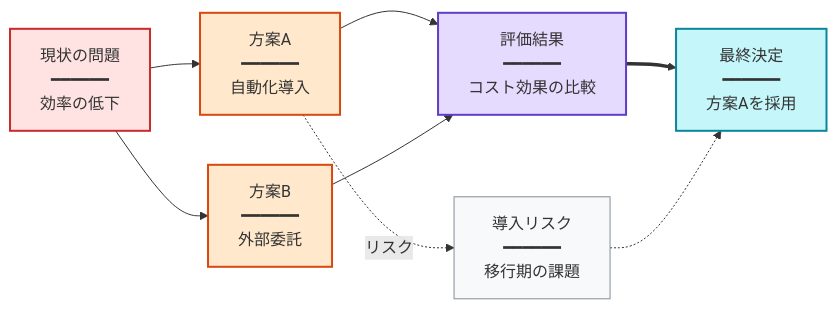
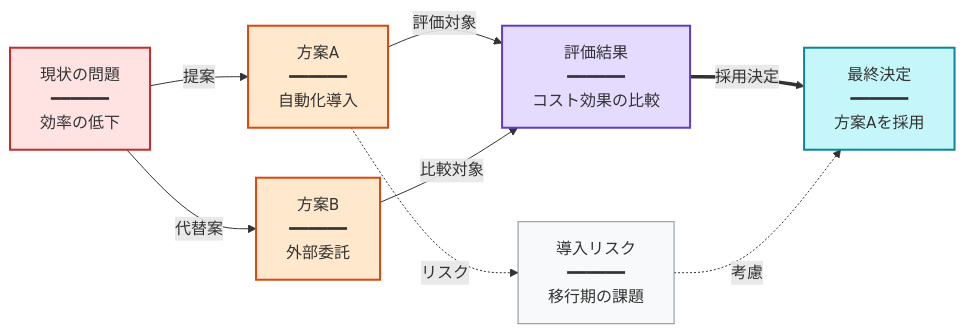
One commit to kouko/youtube-summarize-scraper changed the second of 2 diagrams in prompts/builtin/mermaid-ja.md. Above: the diagram before and after it, drawn with Mermaid. The commit also changed other lines of this file and 25 other files, not shown here.

First line of the commit message:
feat: LLM fallback chain, upload date fix, and mermaid improvements (#31)

````diff
--- a/prompts/builtin/mermaid-ja.md
+++ b/prompts/builtin/mermaid-ja.md
@@ -60,16 +60,16 @@
 ```mermaid
 graph LR
-H["現状の問題<br/>━━━━━━<br/>効率の低下"] --> I["方案A<br/>━━━━━━<br/>自動化導入"]
-H --> J["方案B<br/>━━━━━━<br/>外部委託"]
-I --> K["評価結果<br/>━━━━━━<br/>コスト効果の比較"]
-J --> K
-K ==> L["最終決定<br/>━━━━━━<br/>方案Aを採用"]
+H["現状の問題<br/>━━━━━━<br/>効率の低下"] -->|提案| I["方案A<br/>━━━━━━<br/>自動化導入"]
+H -->|代替案| J["方案B<br/>━━━━━━<br/>外部委託"]
+I -->|評価対象| K["評価結果<br/>━━━━━━<br/>コスト効果の比較"]
+J -->|比較対象| K
+K ==>|採用決定| L["最終決定<br/>━━━━━━<br/>方案Aを採用"]
 I -.->|リスク| M["導入リスク<br/>━━━━━━<br/>移行期の課題"]
-M -.-> L
+M -.->|考慮| L
 style H fill:#ffe3e3,stroke:#c92a2a,stroke-width:2px
 style I fill:#ffe8cc,stroke:#d9480f,stroke-width:2px
 style J fill:#ffe8cc,stroke:#d9480f,stroke-width:2px
 style K fill:#e5dbff,stroke:#5f3dc4,stroke-width:2px
 style L fill:#c5f6fa,stroke:#0c8599,stroke-width:2px
 style M fill:#f8f9fa,stroke:#868e96,stroke-width:1px
 ```
````
